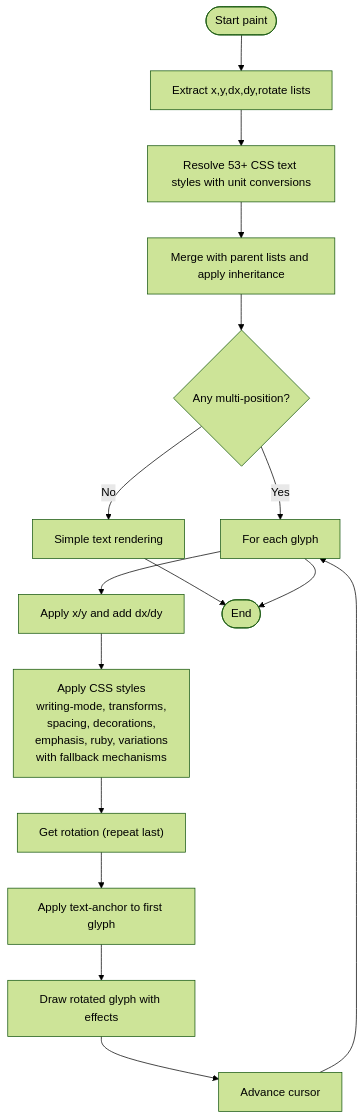
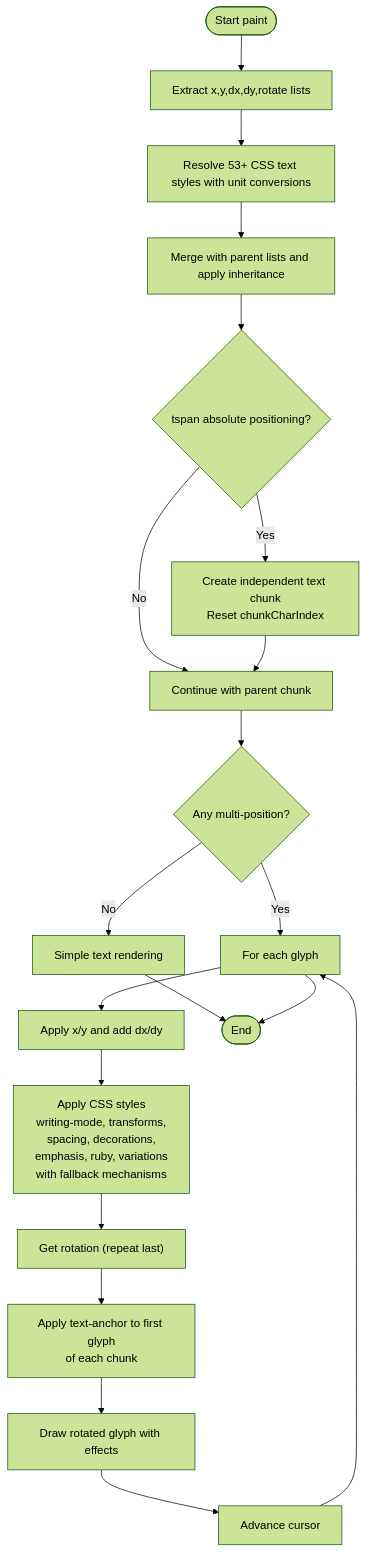
One commit to denisnadey/flutter_full_svg_support changed the fourth of 6 diagrams in .qoder/repowiki/en/content/Animated SVG Support/Text Positioning Attributes.md. Above: the diagram before and after it, drawn with Mermaid (forest theme). The commit also changed other lines of this file and 40 other files, not shown here.

````diff
--- a/.qoder/repowiki/en/content/Animated SVG Support/Text Positioning Attributes.md
+++ b/.qoder/repowiki/en/content/Animated SVG Support/Text Positioning Attributes.md
@@ -300,18 +327,22 @@
 ```mermaid
 flowchart TD
 Start(["Start paint"]) --> Extract["Extract x,y,dx,dy,rotate lists"]
 Extract --> CSS["Resolve 53+ CSS text styles with unit conversions"]
 CSS --> Merge["Merge with parent lists and apply inheritance"]
-Merge --> HasMulti{"Any multi-position?"}
+Merge --> ChunkCheck{"tspan absolute positioning?"}
+ChunkCheck --> |Yes| NewChunk["Create independent text chunk<br/>Reset chunkCharIndex"]
+ChunkCheck --> |No| Continue["Continue with parent chunk"]
+NewChunk --> Continue
+Continue --> HasMulti{"Any multi-position?"}
 HasMulti --> |No| Simple["Simple text rendering"]
 HasMulti --> |Yes| Loop["For each glyph"]
 Loop --> ApplyPos["Apply x/y and add dx/dy"]
 ApplyPos --> CSSApply["Apply CSS styles<br/>writing-mode, transforms,<br/>spacing, decorations,<br/>emphasis, ruby, variations<br/>with fallback mechanisms"]
 CSSApply --> Rotate["Get rotation (repeat last)"]
-Rotate --> Anchor["Apply text-anchor to first glyph"]
+Rotate --> Anchor["Apply text-anchor to first glyph<br/>of each chunk"]
 Anchor --> Draw["Draw rotated glyph with effects"]
 Draw --> Next["Advance cursor"]
 Next --> Loop
 Simple --> End(["End"])
 Loop --> End
 ```
````
